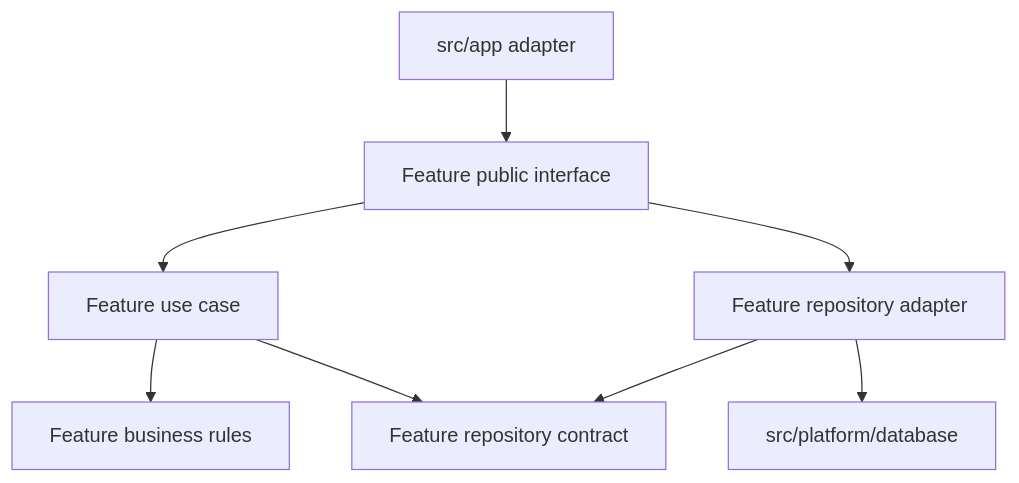
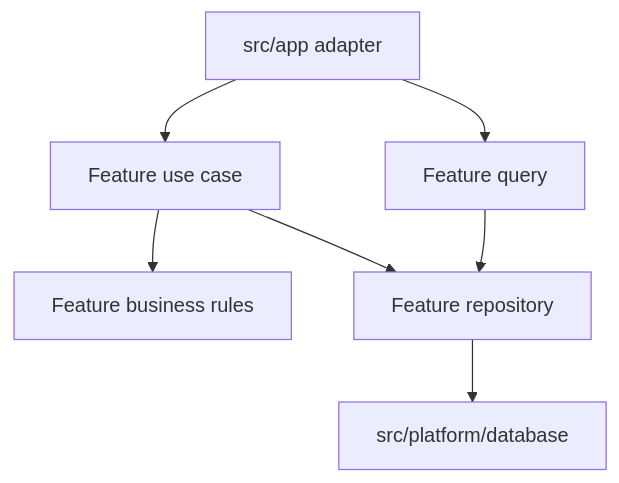
One commit to ishk-sftckz/RFAStack changed the diagram in docs/concepts.md. Above: the diagram before and after it, drawn with Mermaid. The commit also changed other lines of this file and 14 other files, not shown here.

````diff
--- a/docs/concepts.md
+++ b/docs/concepts.md
@@ -61,10 +61,9 @@
 ```mermaid
 flowchart TD
-  App[src/app adapter] --> Entry[Feature public interface]
-  Entry --> UseCase[Feature use case]
-  Entry --> Adapter[Feature repository adapter]
+  App[src/app adapter] --> Query[Feature query]
+  App --> UseCase[Feature use case]
   UseCase --> Rule[Feature business rules]
-  UseCase --> Contract[Feature repository contract]
-  Adapter --> Contract
-  Adapter --> Platform[src/platform/database]
+  Query --> Repository[Feature repository]
+  UseCase --> Repository
+  Repository --> Platform[src/platform/database]
 ```
````
